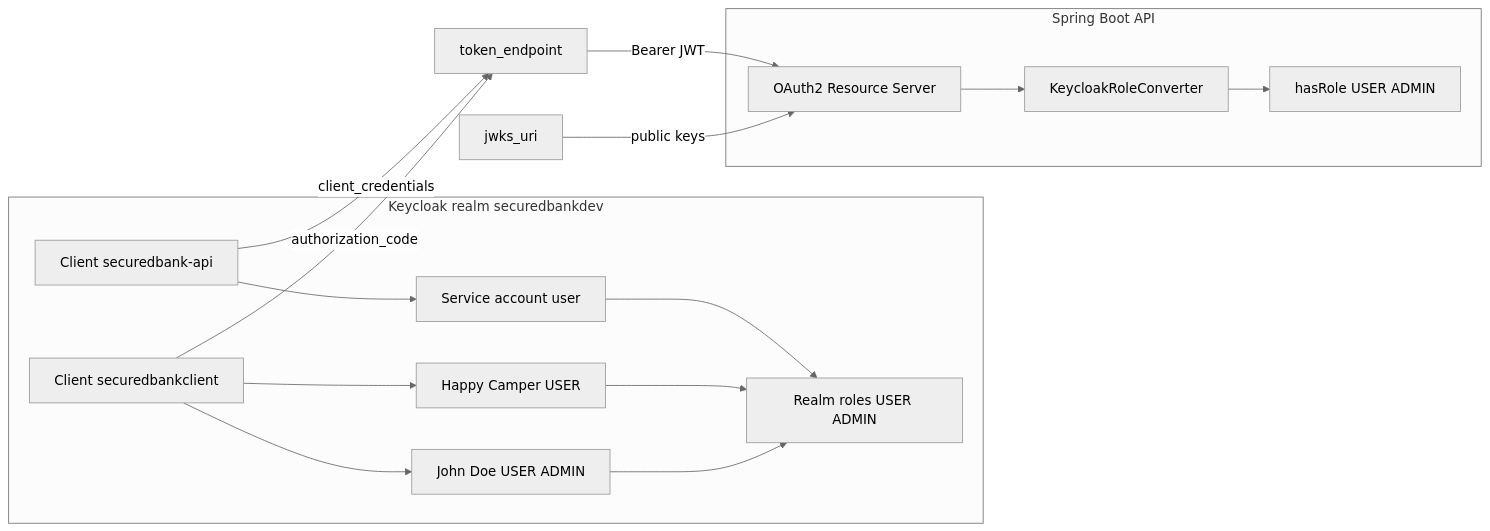
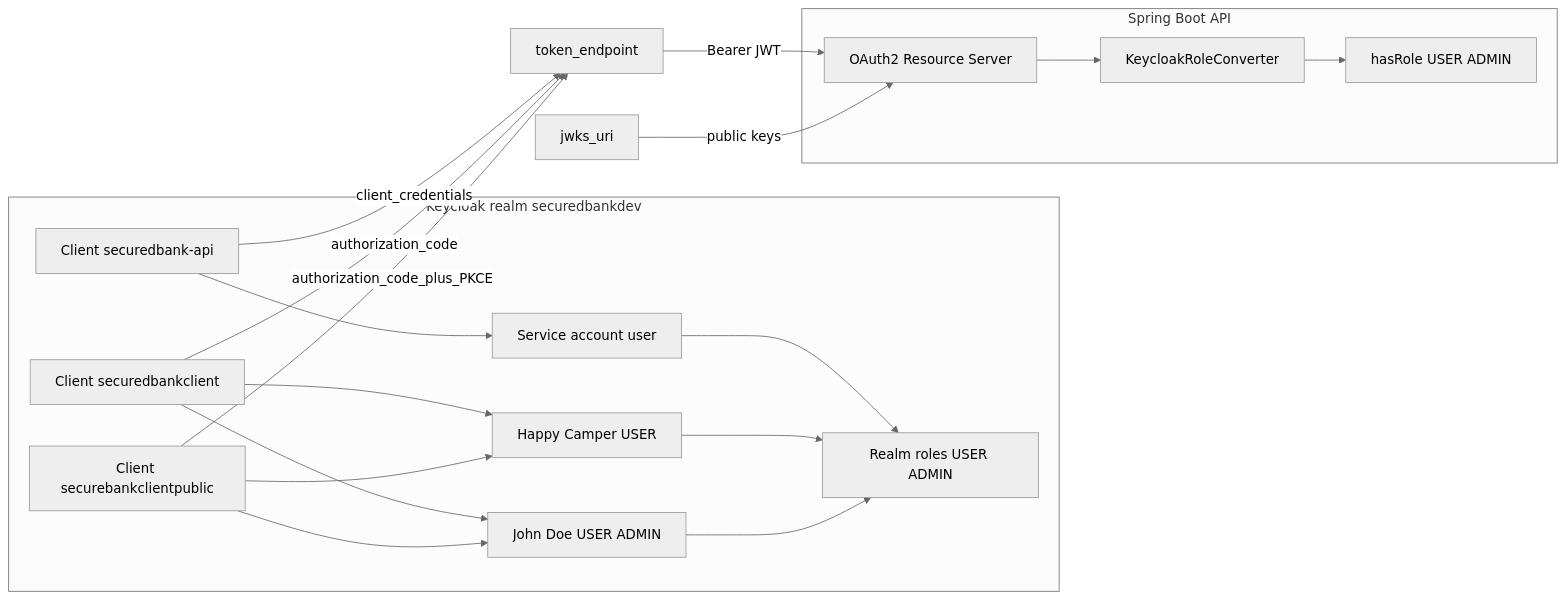
The diagram in README.md (cham207388/secured-abc-bank), drawn with Mermaid (neutral theme) before and after one commit. The commit also changed other lines of this file and 5 other files, not shown here.

````diff
--- a/README.md
+++ b/README.md
@@ -15,29 +15,33 @@
 ```mermaid
 flowchart LR
   subgraph keycloak [Keycloak realm securedbankdev]
     M2M[Client securedbank-api]
     AuthCode[Client securedbankclient]
+    Pkce[Client securebankclientpublic]
     SA[Service account user]
     Happy[Happy Camper USER]
     John[John Doe USER ADMIN]
     Roles[Realm roles USER ADMIN]
     M2M --> SA
     SA --> Roles
     AuthCode --> Happy
     AuthCode --> John
+    Pkce --> Happy
+    Pkce --> John
     Happy --> Roles
     John --> Roles
   end
 
   subgraph spring [Spring Boot API]
     RS[OAuth2 Resource Server]
     Conv[KeycloakRoleConverter]
     AuthZ[hasRole USER ADMIN]
     RS --> Conv --> AuthZ
   end
 
   M2M -->|client_credentials| Token[token_endpoint]
   AuthCode -->|authorization_code| Token
+  Pkce -->|authorization_code_plus_PKCE| Token
   Token -->|Bearer JWT| RS
   JWKS[jwks_uri] -->|public keys| RS
 ```
````
